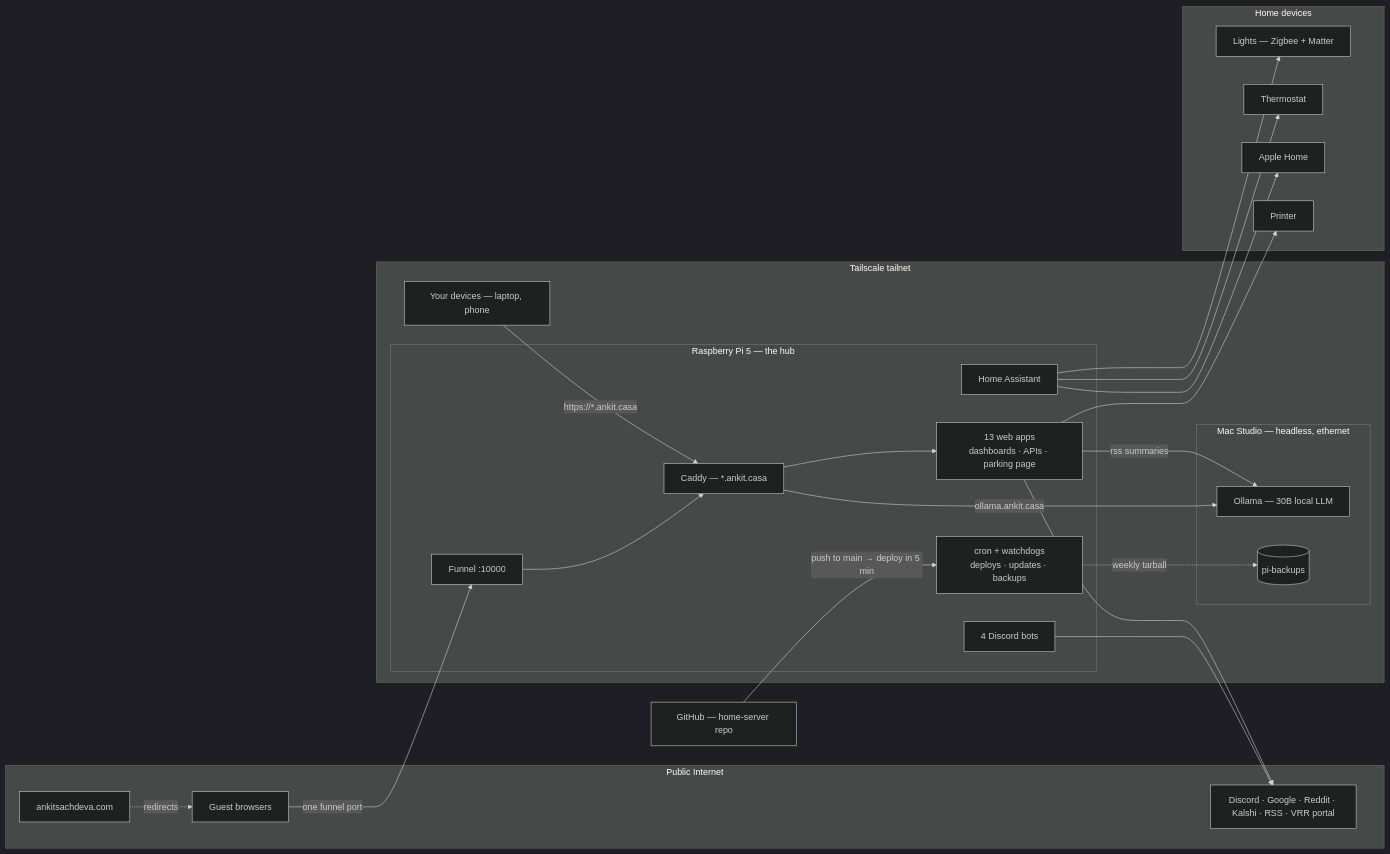
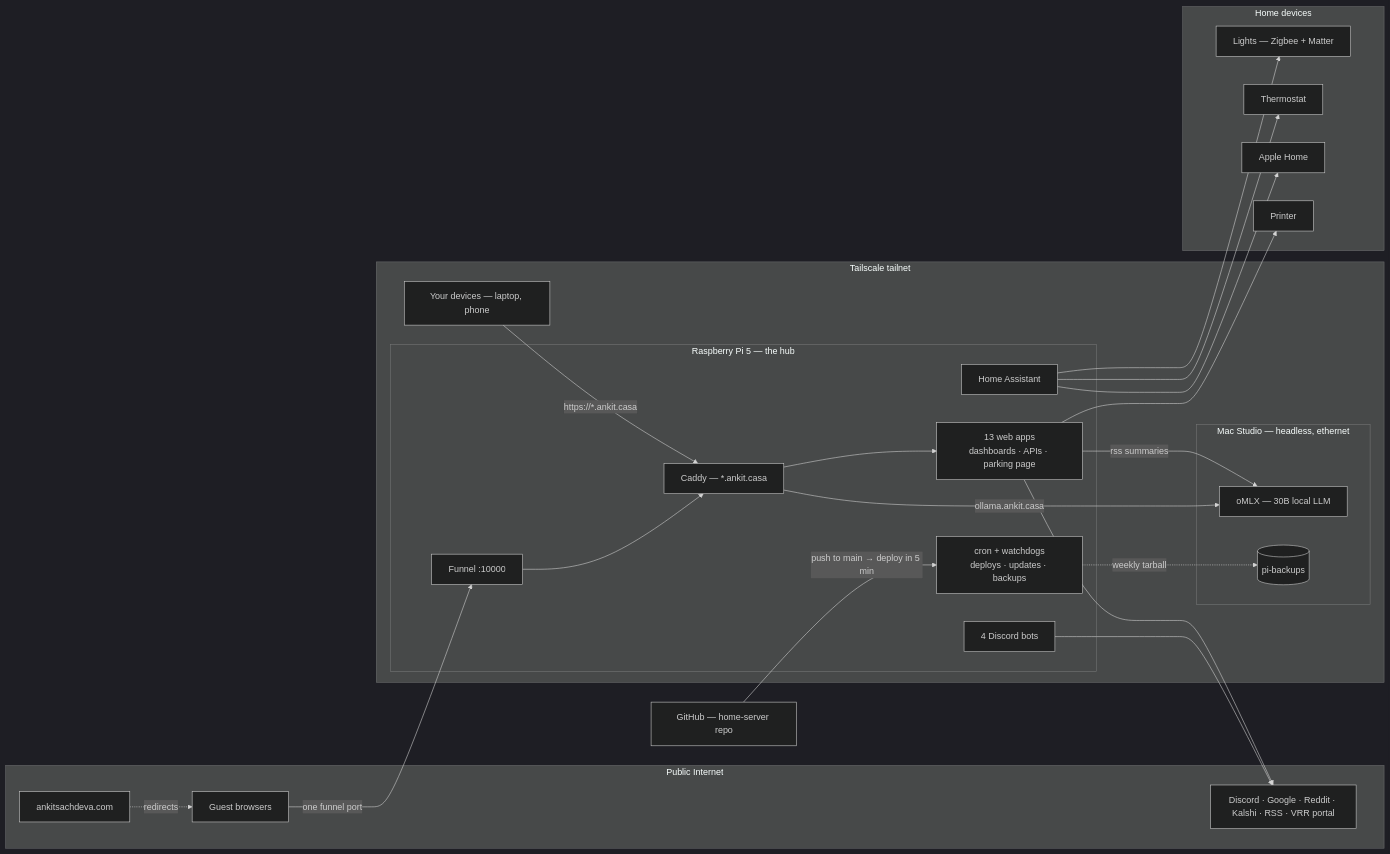
The first of 2 diagrams in README.md (ankitsxchdeva/home-server), drawn with Mermaid (dark theme) before and after one commit. The commit also changed other lines of this file and 6 other files, not shown here.

````diff
--- a/README.md
+++ b/README.md
@@ -51,51 +51,51 @@
 ```mermaid
 flowchart LR
     subgraph Internet["Public Internet"]
         guests["Guest browsers"]
         site["ankitsachdeva.com"]
         apis["Discord · Google · Reddit · Kalshi · RSS · VRR portal"]
     end
 
     gh["GitHub — home-server repo"]
 
     subgraph TN["Tailscale tailnet"]
         you["Your devices — laptop, phone"]
 
         subgraph PI["Raspberry Pi 5 — the hub"]
             funnel["Funnel :10000"]
             caddy["Caddy — *.ankit.casa"]
             apps["13 web apps<br/>dashboards · APIs · parking page"]
             bots["4 Discord bots"]
             ha["Home Assistant"]
             chores["cron + watchdogs<br/>deploys · updates · backups"]
         end
 
         subgraph STUDIO["Mac Studio — headless, ethernet"]
-            ollama["Ollama — 30B local LLM"]
+            ollama["oMLX — 30B local LLM"]
             backups[("pi-backups")]
         end
     end
 
     subgraph HOME["Home devices"]
         lights["Lights — Zigbee + Matter"]
         t6["Thermostat"]
         apple["Apple Home"]
         printer["Printer"]
     end
 
     site -.->|"redirects"| guests
     guests -->|"one funnel port"| funnel
     funnel --> caddy
     gh -->|"push to main → deploy in 5 min"| chores
     you -->|"https://*.ankit.casa"| caddy
     caddy --> apps
     caddy -->|"ollama.ankit.casa"| ollama
     apps -->|"rss summaries"| ollama
     apps --> printer
     bots --> apis
     apps --> apis
     chores -.->|"weekly tarball"| backups
     ha --> lights
     ha --> t6
     ha --> apple
 ```
````
